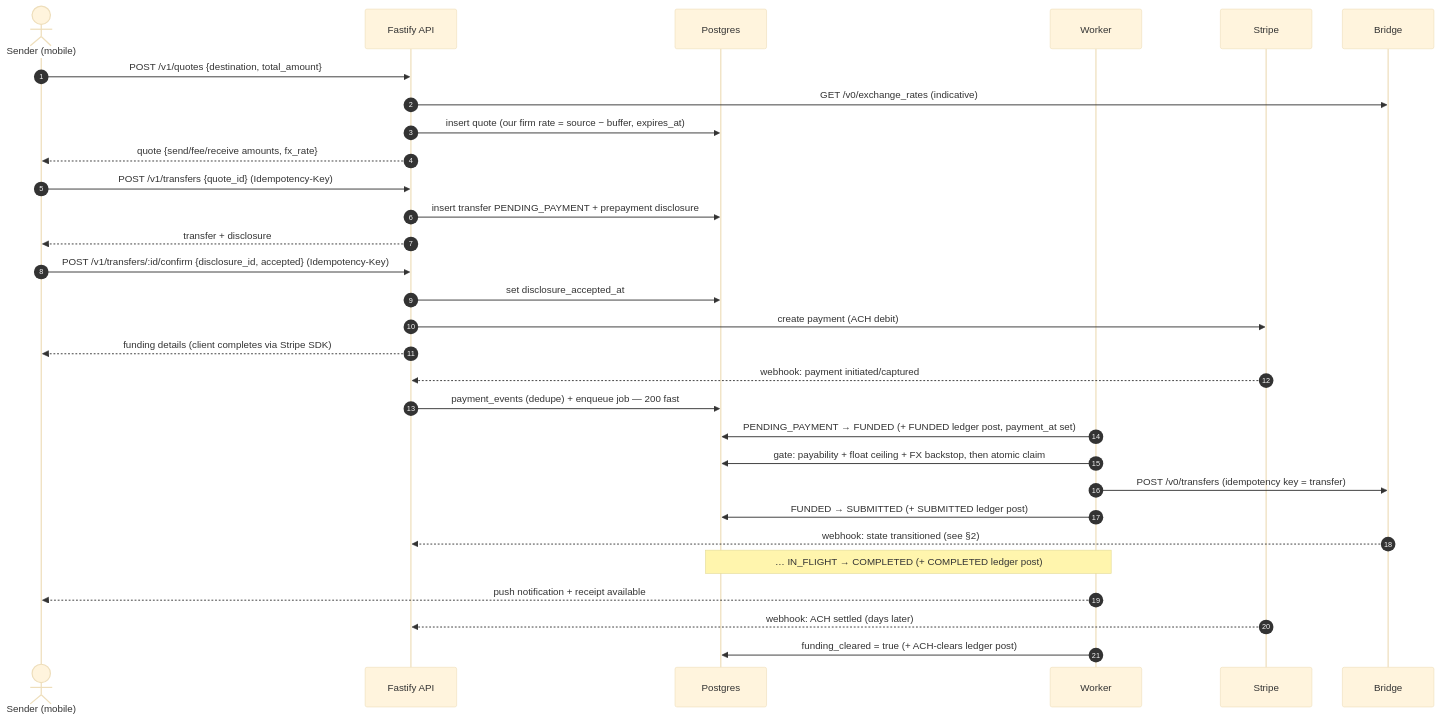
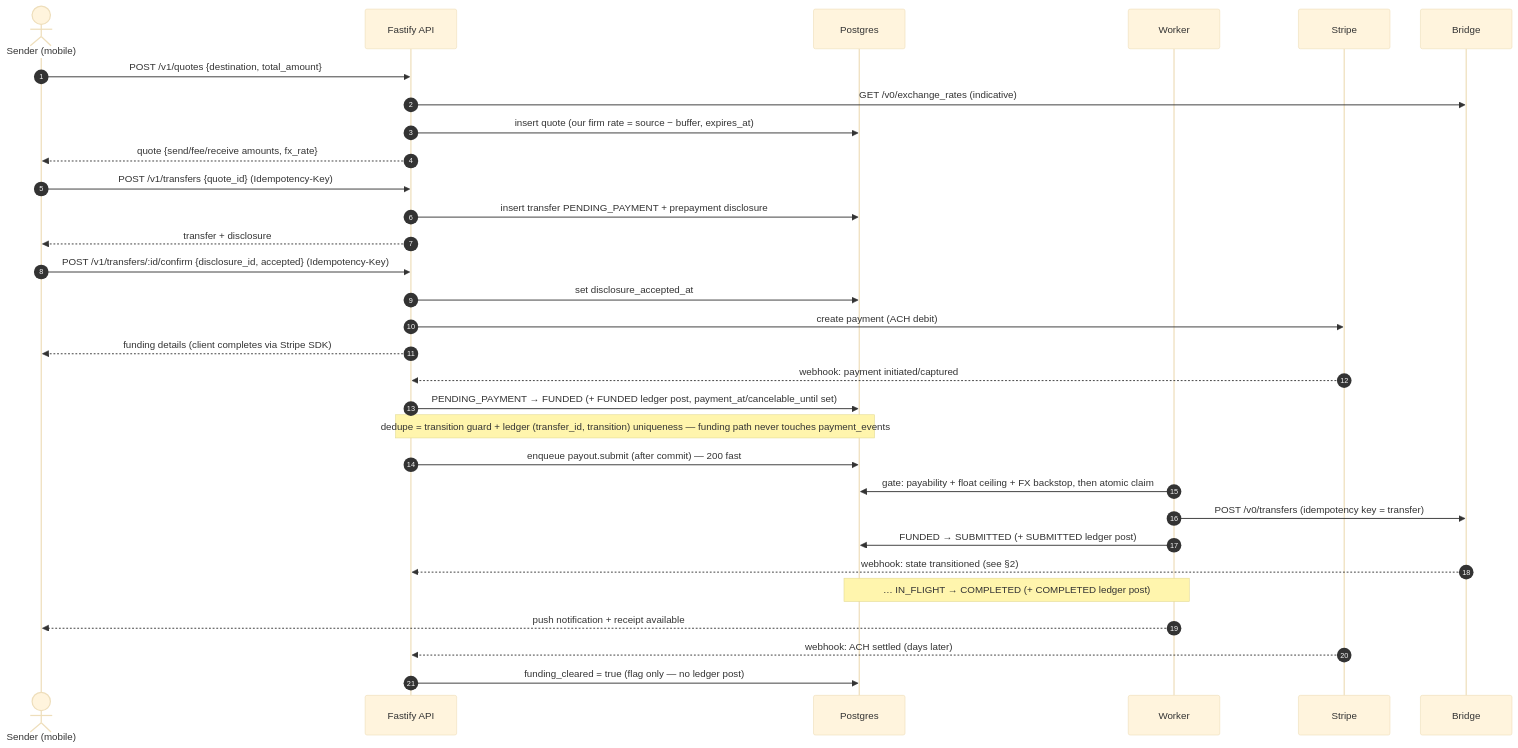
Before and after one commit to PuenteFinancial/PuenteApp: the first of 4 diagrams in docs/flows.md, drawn with Mermaid (base theme). The commit also changed other lines of this file and 14 other files, not shown here.

````diff
--- a/docs/flows.md
+++ b/docs/flows.md
@@ -14,37 +14,38 @@
 ```mermaid
 sequenceDiagram
     autonumber
     actor S as Sender (mobile)
     participant API as Fastify API
     participant DB as Postgres
     participant W as Worker
     participant ST as Stripe
     participant BR as Bridge
 
     S->>API: POST /v1/quotes {destination, total_amount}
     API->>BR: GET /v0/exchange_rates (indicative)
     API->>DB: insert quote (our firm rate = source − buffer, expires_at)
     API-->>S: quote {send/fee/receive amounts, fx_rate}
 
     S->>API: POST /v1/transfers {quote_id} (Idempotency-Key)
     API->>DB: insert transfer PENDING_PAYMENT + prepayment disclosure
     API-->>S: transfer + disclosure
 
     S->>API: POST /v1/transfers/:id/confirm {disclosure_id, accepted} (Idempotency-Key)
     API->>DB: set disclosure_accepted_at
     API->>ST: create payment (ACH debit)
     API-->>S: funding details (client completes via Stripe SDK)
 
     ST-->>API: webhook: payment initiated/captured
-    API->>DB: payment_events (dedupe) + enqueue job — 200 fast
-    W->>DB: PENDING_PAYMENT → FUNDED (+ FUNDED ledger post, payment_at set)
+    API->>DB: PENDING_PAYMENT → FUNDED (+ FUNDED ledger post, payment_at/cancelable_until set)
+    Note over API,DB: dedupe = transition guard + ledger (transfer_id, transition) uniqueness — funding path never touches payment_events
+    API->>DB: enqueue payout.submit (after commit) — 200 fast
     W->>DB: gate: payability + float ceiling + FX backstop, then atomic claim
     W->>BR: POST /v0/transfers (idempotency key = transfer)
     W->>DB: FUNDED → SUBMITTED (+ SUBMITTED ledger post)
 
     BR-->>API: webhook: state transitioned (see §2)
     Note over W,DB: … IN_FLIGHT → COMPLETED (+ COMPLETED ledger post)
     W-->>S: push notification + receipt available
     ST-->>API: webhook: ACH settled (days later)
-    W->>DB: funding_cleared = true (+ ACH-clears ledger post)
+    API->>DB: funding_cleared = true (flag only — no ledger post)
 ```
````
